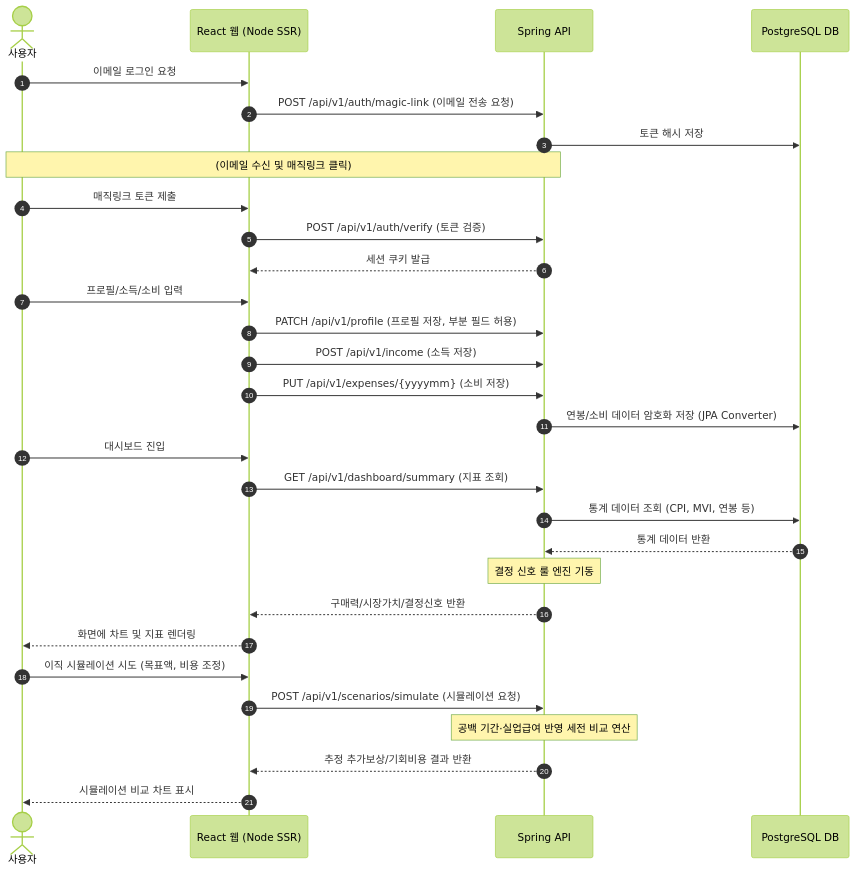
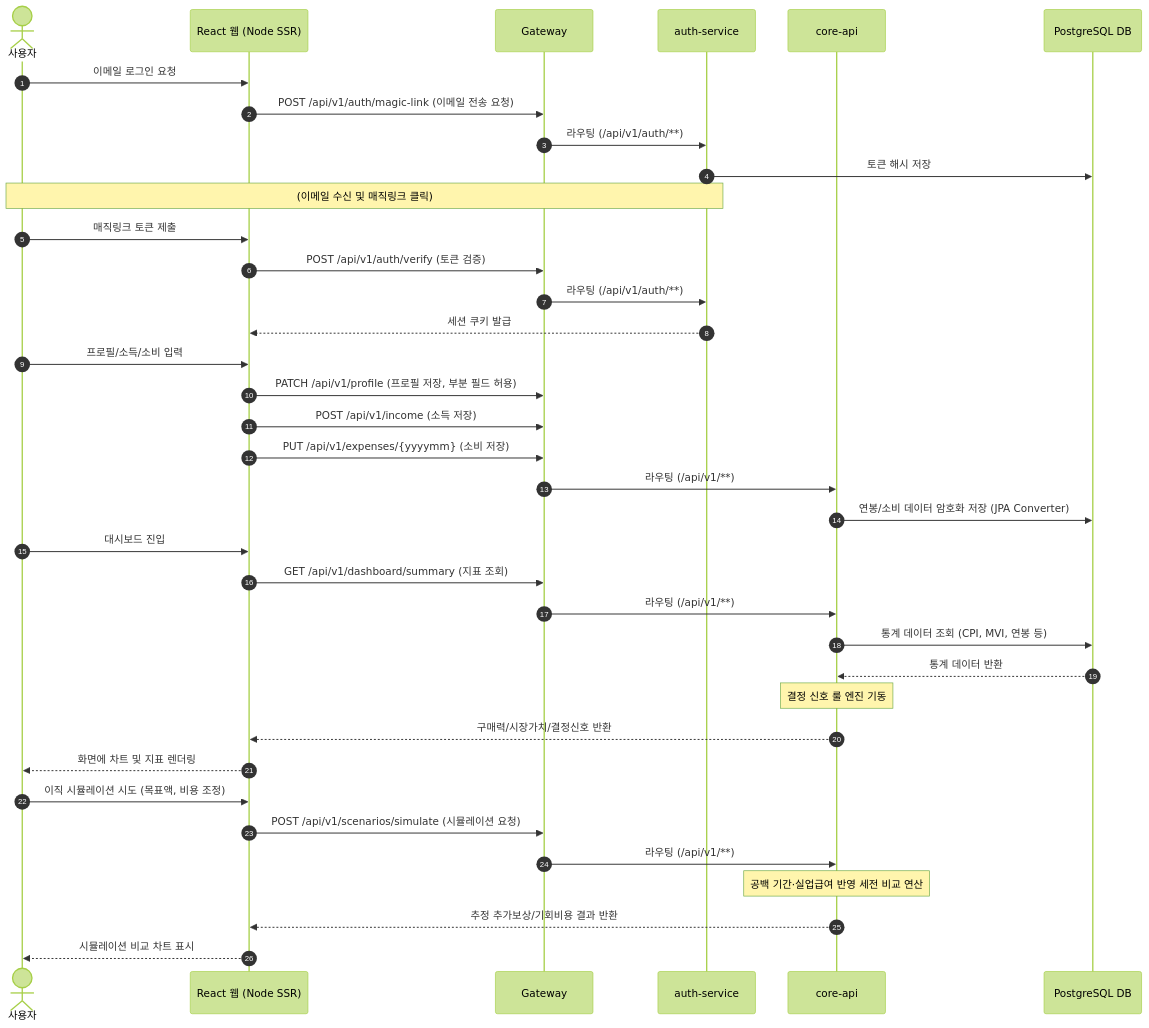
Before and after one commit to SeoHyeokGyu/Carix: the fifth of 5 diagrams in docs/specs/application-workflow.md, drawn with Mermaid (forest theme). The commit also changed other lines of this file and 1 other file, not shown here.

Commit message:
docs: 보류 5건 오너 확인 완료 — Gateway 다이어그램 갱신, DB 확인, 결정 기록
- application-workflow.md §1/§3 다이어그램을 Gateway/auth-service/core-api
  분리 구조로 갱신 (오너 결정: 현재 아키텍처 반영)
- erd.md skill.created_by/raw_ingest.purged_at: 원격 DB(core 스키마) 직접
  조회로 컬럼 실재 확인 — 문서가 정확했고 엔티티 코드가 못 따라간 것으로 판명,
  문서는 수정하지 않음
- api-specification.md persistence 서술: 목표 계약으로 유지 확정, 변경 없음
- batch-worker module-vs-profile: 배치 도입 시점까지 보류 재확인

````diff
--- a/docs/specs/application-workflow.md
+++ b/docs/specs/application-workflow.md
@@ -176,33 +181,40 @@
 ```mermaid
 sequenceDiagram
     autonumber
     actor User as 사용자
     participant Web as React 웹 (Node SSR)
-    participant API as Spring API
+    participant GW as Gateway
+    participant Auth as auth-service
+    participant Core as core-api
     participant DB as PostgreSQL DB
 
     User->>Web: 이메일 로그인 요청
-    Web->>API: POST /api/v1/auth/magic-link (이메일 전송 요청)
-    API->>DB: 토큰 해시 저장
-    Note over User, API: (이메일 수신 및 매직링크 클릭)
+    Web->>GW: POST /api/v1/auth/magic-link (이메일 전송 요청)
+    GW->>Auth: 라우팅 (/api/v1/auth/**)
+    Auth->>DB: 토큰 해시 저장
+    Note over User, Auth: (이메일 수신 및 매직링크 클릭)
     User->>Web: 매직링크 토큰 제출
-    Web->>API: POST /api/v1/auth/verify (토큰 검증)
-    API-->>Web: 세션 쿠키 발급
+    Web->>GW: POST /api/v1/auth/verify (토큰 검증)
+    GW->>Auth: 라우팅 (/api/v1/auth/**)
+    Auth-->>Web: 세션 쿠키 발급
     User->>Web: 프로필/소득/소비 입력
-    Web->>API: PATCH /api/v1/profile (프로필 저장, 부분 필드 허용)
-    Web->>API: POST /api/v1/income (소득 저장)
-    Web->>API: PUT /api/v1/expenses/{yyyymm} (소비 저장)
-    API->>DB: 연봉/소비 데이터 암호화 저장 (JPA Converter)
+    Web->>GW: PATCH /api/v1/profile (프로필 저장, 부분 필드 허용)
+    Web->>GW: POST /api/v1/income (소득 저장)
+    Web->>GW: PUT /api/v1/expenses/{yyyymm} (소비 저장)
+    GW->>Core: 라우팅 (/api/v1/**)
+    Core->>DB: 연봉/소비 데이터 암호화 저장 (JPA Converter)
     User->>Web: 대시보드 진입
-    Web->>API: GET /api/v1/dashboard/summary (지표 조회)
-    API->>DB: 통계 데이터 조회 (CPI, MVI, 연봉 등)
-    DB-->>API: 통계 데이터 반환
-    Note over API: 결정 신호 룰 엔진 기동
-    API-->>Web: 구매력/시장가치/결정신호 반환
+    Web->>GW: GET /api/v1/dashboard/summary (지표 조회)
+    GW->>Core: 라우팅 (/api/v1/**)
+    Core->>DB: 통계 데이터 조회 (CPI, MVI, 연봉 등)
+    DB-->>Core: 통계 데이터 반환
+    Note over Core: 결정 신호 룰 엔진 기동
+    Core-->>Web: 구매력/시장가치/결정신호 반환
     Web-->>User: 화면에 차트 및 지표 렌더링
     User->>Web: 이직 시뮬레이션 시도 (목표액, 비용 조정)
-    Web->>API: POST /api/v1/scenarios/simulate (시뮬레이션 요청)
-    Note over API: 공백 기간·실업급여 반영 세전 비교 연산
-    API-->>Web: 추정 추가보상/기회비용 결과 반환
+    Web->>GW: POST /api/v1/scenarios/simulate (시뮬레이션 요청)
+    GW->>Core: 라우팅 (/api/v1/**)
+    Note over Core: 공백 기간·실업급여 반영 세전 비교 연산
+    Core-->>Web: 추정 추가보상/기회비용 결과 반환
     Web-->>User: 시뮬레이션 비교 차트 표시
 ```
````
